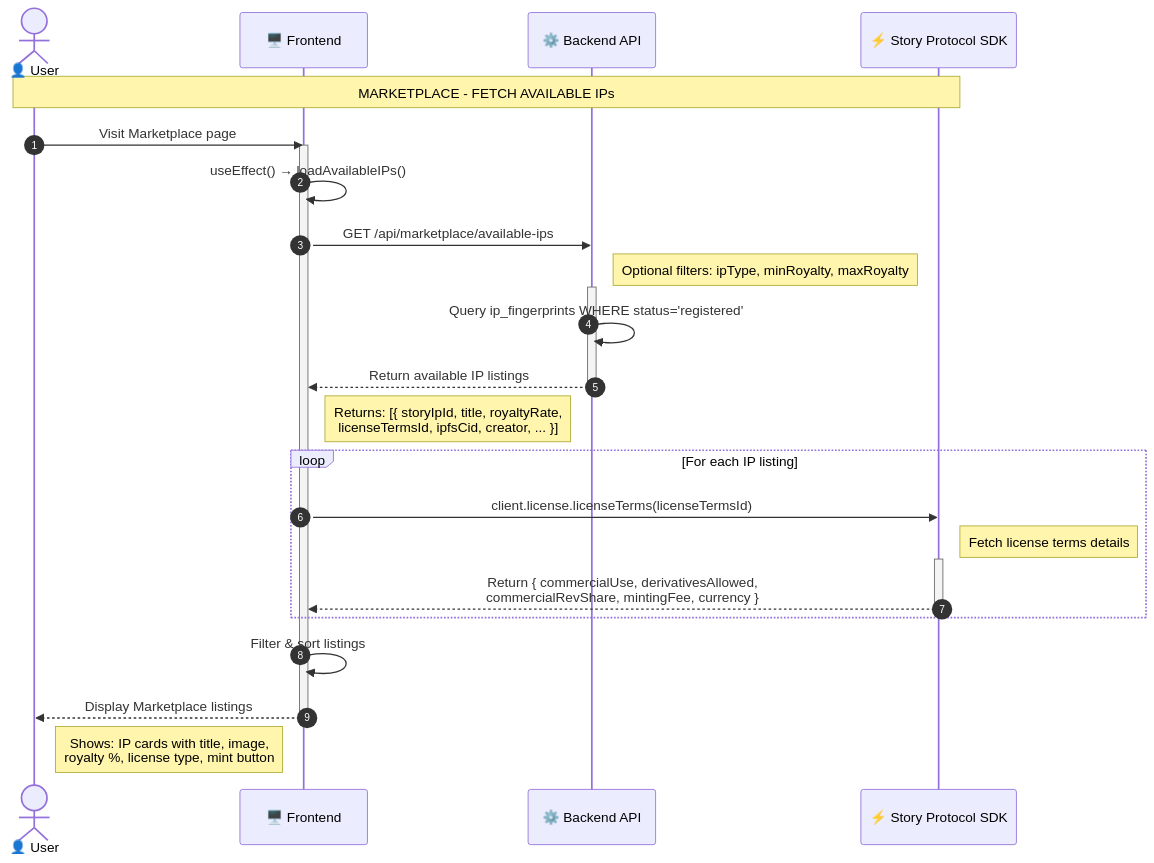
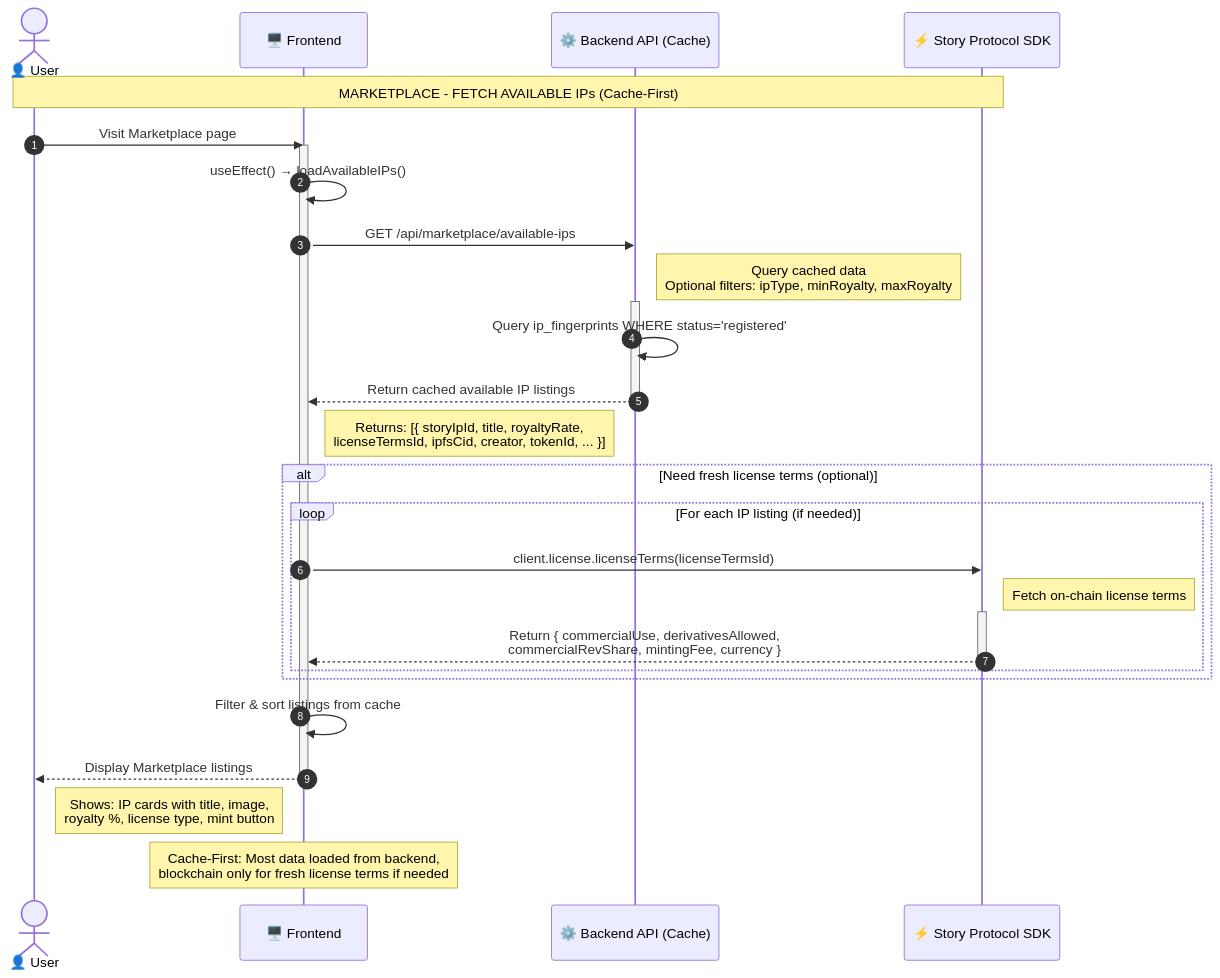
The seventh of 11 diagrams in FLOW.md (18Abhinav07/Orion), drawn with Mermaid before and after one commit. The commit also changed other lines of this file, not shown here.

````diff
--- a/FLOW.md
+++ b/FLOW.md
@@ -822,38 +1136,42 @@
 ```mermaid
 sequenceDiagram
     autonumber
     actor User as 👤 User
     participant FE as 🖥️ Frontend
-    participant API as ⚙️ Backend API
+    participant API as ⚙️ Backend API (Cache)
     participant SP as ⚡ Story Protocol SDK
 
-    Note over User, SP: MARKETPLACE - FETCH AVAILABLE IPs
+    Note over User, SP: MARKETPLACE - FETCH AVAILABLE IPs (Cache-First)
 
     User->>FE: Visit Marketplace page
     activate FE
 
     FE->>FE: useEffect() → loadAvailableIPs()
 
     FE->>API: GET /api/marketplace/available-ips
-    Note right of API: Optional filters: ipType, minRoyalty, maxRoyalty
+    Note right of API: Query cached data<br/>Optional filters: ipType, minRoyalty, maxRoyalty
 
     activate API
     API->>API: Query ip_fingerprints WHERE status='registered'
-    API-->>FE: Return available IP listings
+    API-->>FE: Return cached available IP listings
     deactivate API
-    Note right of FE: Returns: [{ storyIpId, title, royaltyRate,<br/>licenseTermsId, ipfsCid, creator, ... }]
+    Note right of FE: Returns: [{ storyIpId, title, royaltyRate,<br/>licenseTermsId, ipfsCid, creator, tokenId, ... }]
 
-    loop For each IP listing
-        FE->>SP: client.license.licenseTerms(licenseTermsId)
-        Note right of SP: Fetch license terms details
+    alt Need fresh license terms (optional)
+        loop For each IP listing (if needed)
+            FE->>SP: client.license.licenseTerms(licenseTermsId)
+            Note right of SP: Fetch on-chain license terms
 
-        activate SP
-        SP-->>FE: Return { commercialUse, derivativesAllowed,<br/>commercialRevShare, mintingFee, currency }
-        deactivate SP
+            activate SP
+            SP-->>FE: Return { commercialUse, derivativesAllowed,<br/>commercialRevShare, mintingFee, currency }
+            deactivate SP
+        end
     end
 
-    FE->>FE: Filter & sort listings
+    FE->>FE: Filter & sort listings from cache
     FE-->>User: Display Marketplace listings
     deactivate FE
     Note right of User: Shows: IP cards with title, image,<br/>royalty %, license type, mint button
+
+    Note over FE: Cache-First: Most data loaded from backend,<br/>blockchain only for fresh license terms if needed
 ```
````
